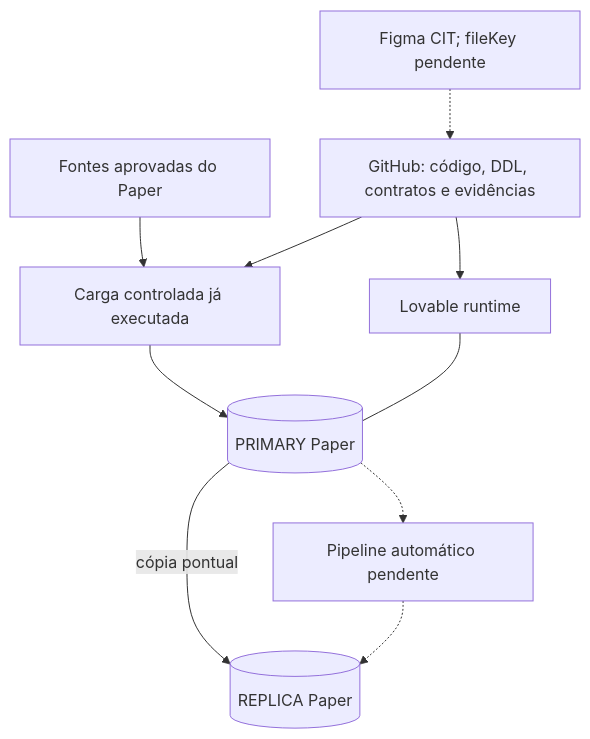
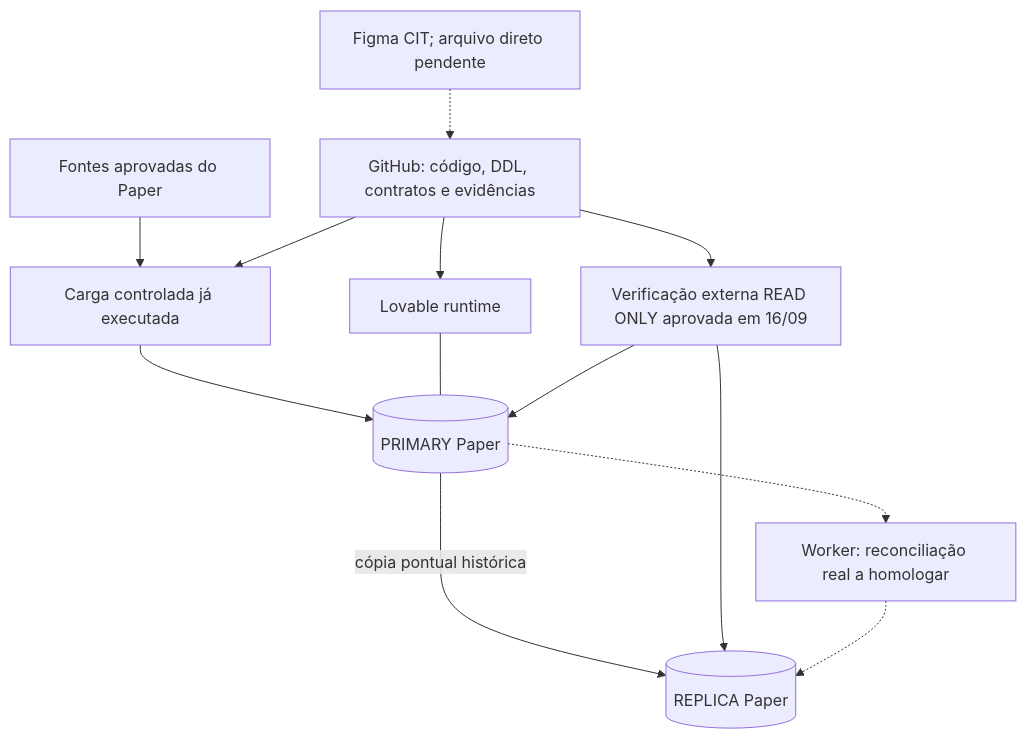
Before and after one commit to Kaue-EDBS/papercomercialv2: the diagram in docs/architecture/README.md, drawn with Mermaid. The commit also changed other lines of this file and 2 other files, not shown here.

First line of the commit message:
docs: registrar prova real de conectividade PRIMARY e paridade geografica

````diff
--- a/docs/architecture/README.md
+++ b/docs/architecture/README.md
@@ -15,12 +25,15 @@
 ```mermaid
 flowchart TB
     G["GitHub: código, DDL, contratos e evidências"] --> L["Lovable runtime"]
-    F["Figma CIT; fileKey pendente"] -.-> G
+    F["Figma CIT; arquivo direto pendente"] -.-> G
     S["Fontes aprovadas do Paper"] --> E["Carga controlada já executada"]
     G --> E
     E --> P[("PRIMARY Paper")]
     L --- P
-    P -->|"cópia pontual"| R[("REPLICA Paper")]
-    P -.-> A["Pipeline automático pendente"]
-    A -.-> R
+    P -->|"cópia pontual histórica"| R[("REPLICA Paper")]
+    G --> V["Verificação externa READ ONLY aprovada em 16/09"]
+    V --> P
+    V --> R
+    P -.-> W["Worker: reconciliação real a homologar"]
+    W -.-> R
 ```
````
